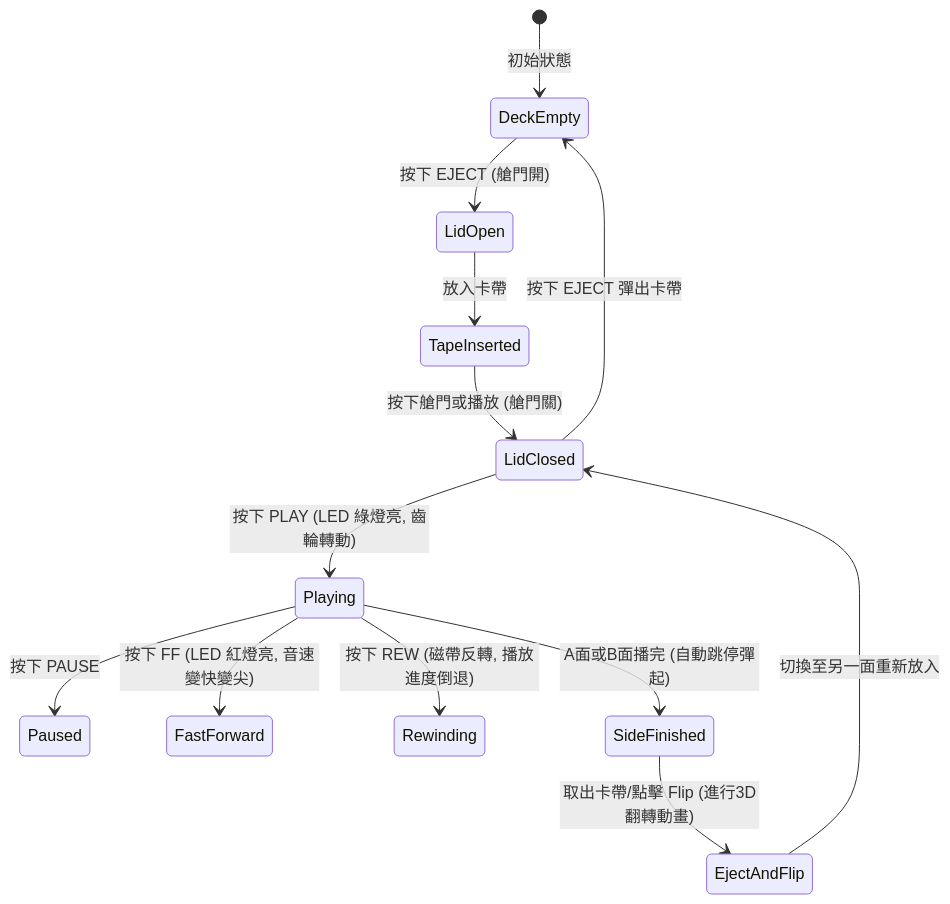
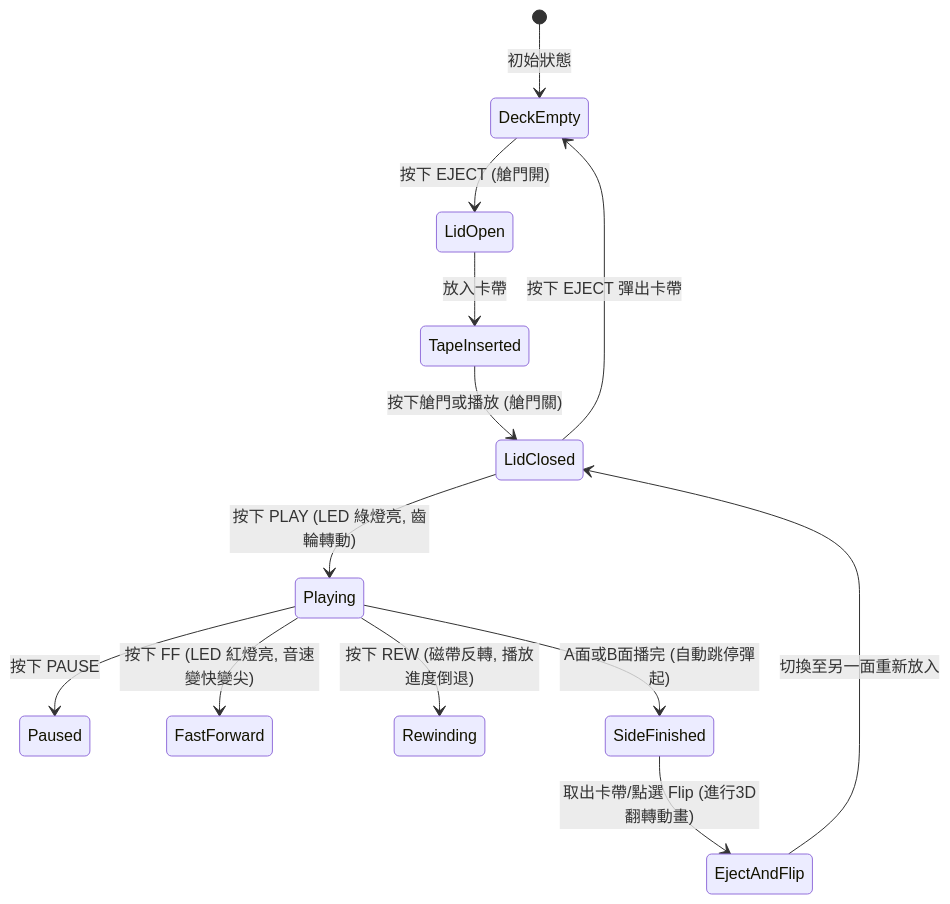
The second of 2 diagrams in doc/planning.md (hitanyah/pixel-cassette-player), drawn with Mermaid before and after one commit. The commit also changed other lines of this file and 5 other files, not shown here.

````diff
--- a/doc/planning.md
+++ b/doc/planning.md
@@ -60,15 +60,15 @@
 ```mermaid
 stateDiagram-v2
     [*] --> DeckEmpty : 初始狀態
     DeckEmpty --> LidOpen : 按下 EJECT (艙門開)
     LidOpen --> TapeInserted : 放入卡帶
     TapeInserted --> LidClosed : 按下艙門或播放 (艙門關)
     LidClosed --> Playing : 按下 PLAY (LED 綠燈亮, 齒輪轉動)
     Playing --> Paused : 按下 PAUSE
     Playing --> FastForward : 按下 FF (LED 紅燈亮, 音速變快變尖)
     Playing --> Rewinding : 按下 REW (磁帶反轉, 播放進度倒退)
     Playing --> SideFinished : A面或B面播完 (自動跳停彈起)
-    SideFinished --> EjectAndFlip : 取出卡帶/點擊 Flip (進行3D翻轉動畫)
+    SideFinished --> EjectAndFlip : 取出卡帶/點選 Flip (進行3D翻轉動畫)
     EjectAndFlip --> LidClosed : 切換至另一面重新放入
     LidClosed --> DeckEmpty : 按下 EJECT 彈出卡帶
 ```
````
